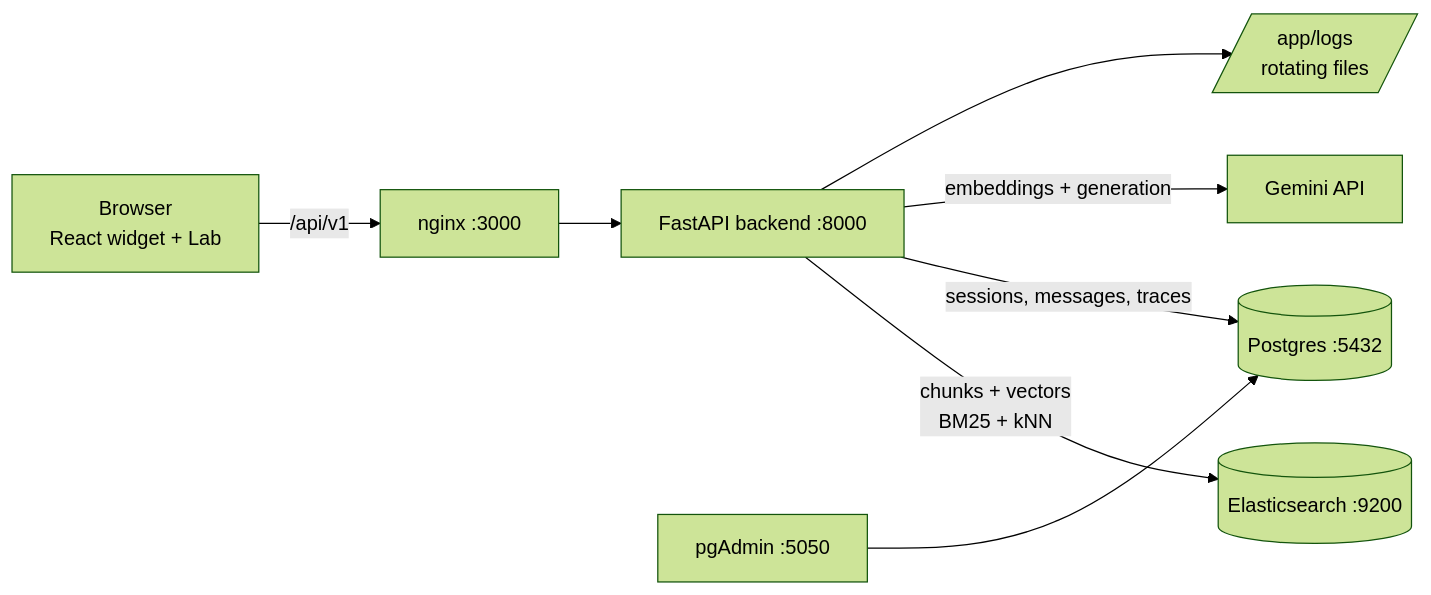
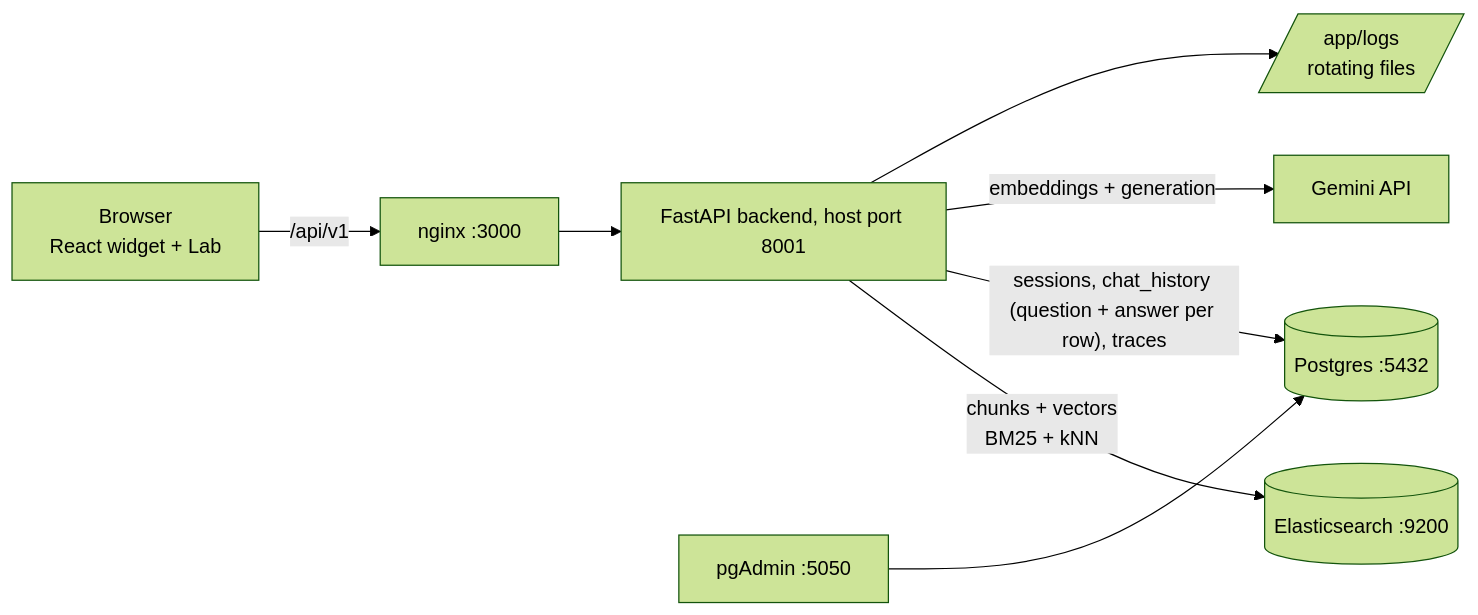
Before and after one commit to knir44/bot-ai: the diagram in README.md, drawn with Mermaid (forest theme). The commit also changed other lines of this file and 34 other files, not shown here.

````diff
--- a/README.md
+++ b/README.md
@@ -39,10 +39,10 @@
 ```mermaid
 flowchart LR
   U[Browser<br/>React widget + Lab] -->|/api/v1| N[nginx :3000]
-  N --> B[FastAPI backend :8000]
+  N --> B[FastAPI backend, host port 8001]
   B -->|chunks + vectors<br/>BM25 + kNN| ES[(Elasticsearch :9200)]
-  B -->|sessions, messages, traces| PG[(Postgres :5432)]
+  B -->|"sessions, chat_history (question + answer per row), traces"| PG[(Postgres :5432)]
   PGA[pgAdmin :5050] --> PG
   B -->|embeddings + generation| G[Gemini API]
   B --> L[/app/logs<br/>rotating files/]
 ```
````
